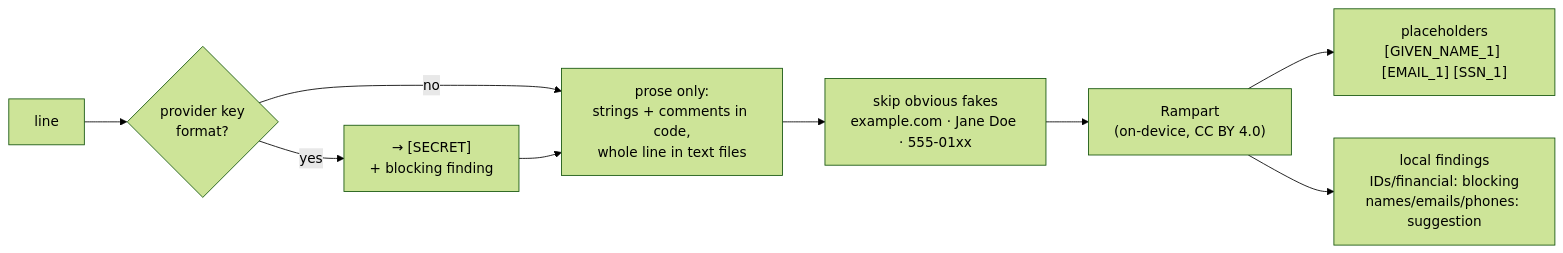
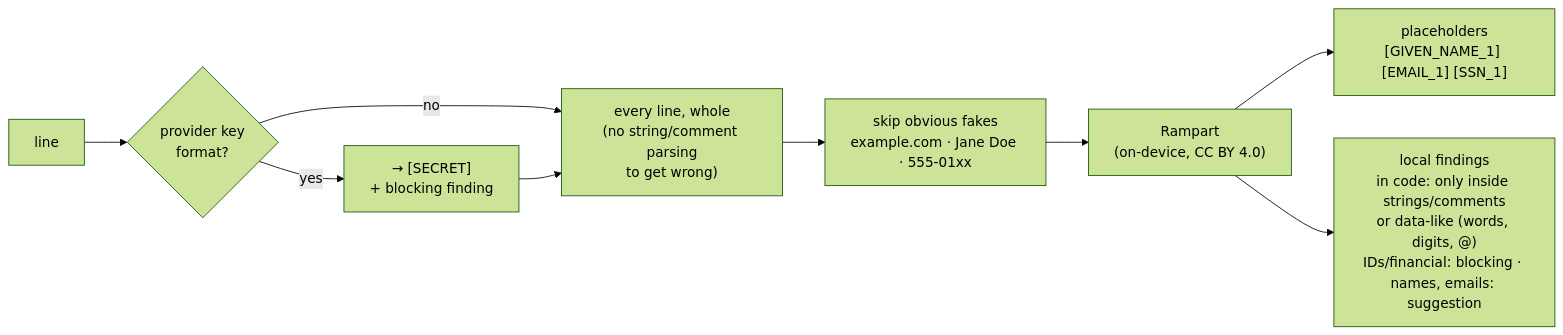
The second of 3 diagrams in docs/ARCHITECTURE.md (tanmayagrawal21/agent-review), drawn with Mermaid (forest theme) before and after one commit.

Commit message:
Docs: every line is redacted whole; findings are selective

````diff
--- a/docs/ARCHITECTURE.md
+++ b/docs/ARCHITECTURE.md
@@ -77,11 +77,11 @@
    ```mermaid
    flowchart LR
        L[line] --> S{"provider key<br/>format?"}
        S -- yes --> SX["→ [SECRET]<br/>+ blocking finding"]
        S -- no --> X
-       SX --> X["prose only:<br/>strings + comments in code,<br/>whole line in text files"]
+       SX --> X["every line, whole<br/>(no string/comment parsing<br/>to get wrong)"]
        X --> F["skip obvious fakes<br/>example.com · Jane Doe · 555-01xx"]
        F --> M["Rampart<br/>(on-device, CC BY 4.0)"]
        M --> O["placeholders<br/>[GIVEN_NAME_1] [EMAIL_1] [SSN_1]"]
-       M --> FN["local findings<br/>IDs/financial: blocking<br/>names/emails/phones: suggestion"]
+       M --> FN["local findings<br/>in code: only inside strings/comments<br/>or data-like (words, digits, @)<br/>IDs/financial: blocking · names, emails: suggestion"]
    ```
````
